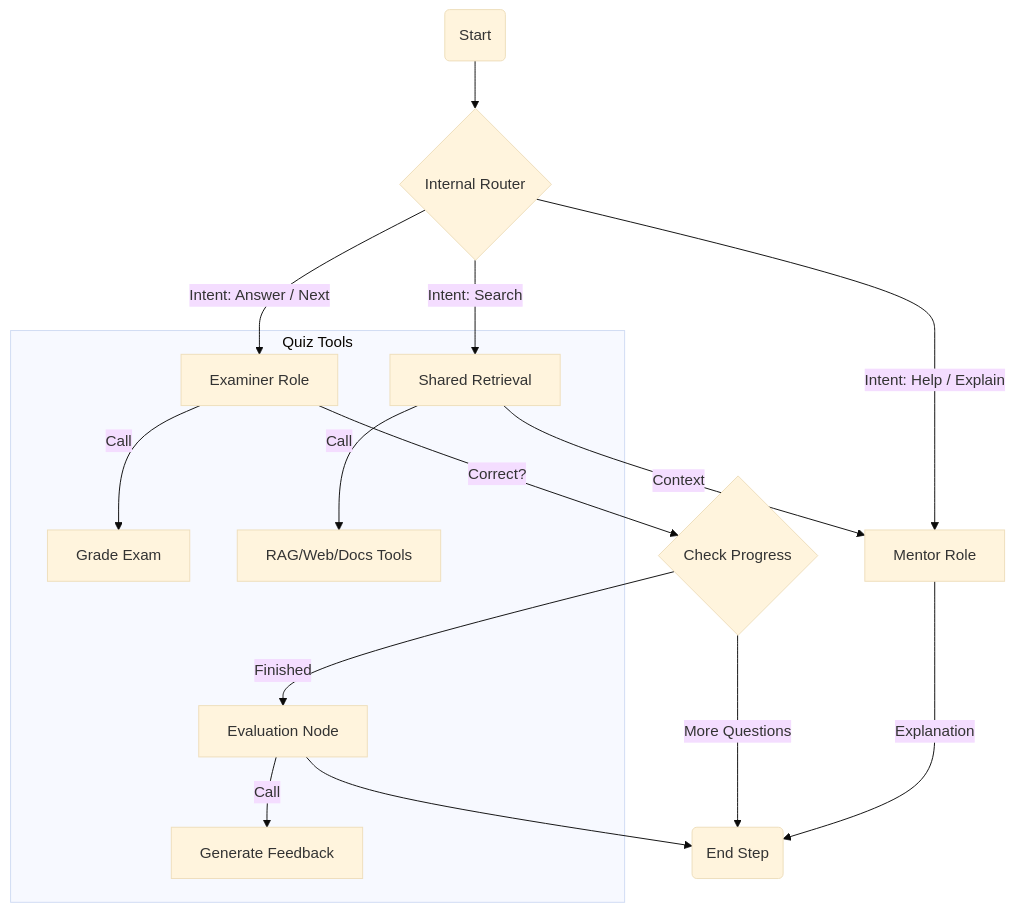
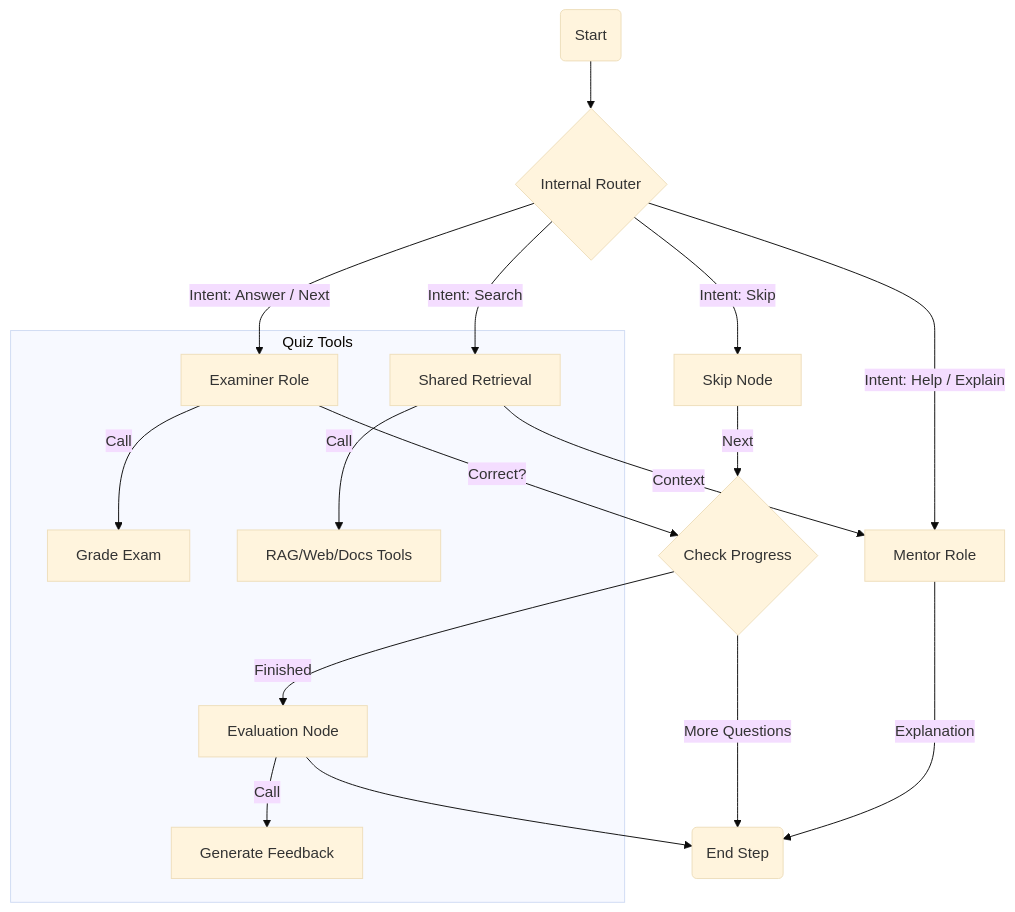
One commit to Lifelong-Learning-Assisttant/agent_service changed the fourth of 5 diagrams in docs/agent_documentation.md. Above: the diagram before and after it, drawn with Mermaid (base theme). The commit also changed other lines of this file, not shown here.

````diff
--- a/docs/agent_documentation.md
+++ b/docs/agent_documentation.md
@@ -70,22 +100,24 @@
 ```mermaid
 graph TD
     Q_Start(Start) --> Q_Router{Internal Router}
     
     Q_Router --"Intent: Answer / Next"--> Q_Examiner[Examiner Role]
     Q_Router --"Intent: Help / Explain"--> Q_Mentor[Mentor Role]
+    Q_Router --"Intent: Skip"--> Q_Skip[Skip Node]
     Q_Router --"Intent: Search"--> Q_Search[Shared Retrieval]
     
     Q_Examiner --"Correct?"--> Q_Check{Check Progress}
+    Q_Skip --"Next"--> Q_Check
     Q_Check --"More Questions"--> Q_End(End Step)
     Q_Check --"Finished"--> Q_Eval[Evaluation Node]
     
     Q_Mentor --"Explanation"--> Q_End
     Q_Search --"Context"--> Q_Mentor
     Q_Eval --> Q_End
     
     subgraph "Quiz Tools"
         Q_Examiner --"Call"--> Tool_Grade[Grade Exam]
         Q_Eval --"Call"--> Tool_Gen[Generate Feedback]
         Q_Search --"Call"--> Shared_Tools[RAG/Web/Docs Tools]
     end
 ```
````
